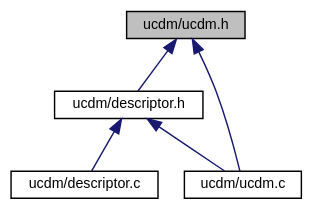
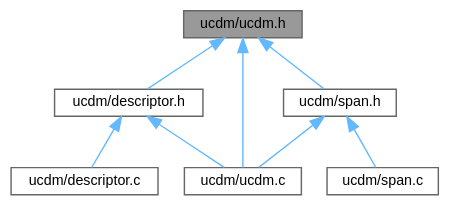
One commit to ebs-universe/piolib-ucdm changed the diagram in ucdm_8h__dep__incl.dot. Above: the diagram before and after it, drawn with Graphviz. The commit also changed 365 other files, not shown here.

```diff
--- a/ucdm_8h__dep__incl.dot
+++ b/ucdm_8h__dep__incl.dot
@@ -1,16 +1,21 @@
 digraph "ucdm/ucdm.h"
 {
  // INTERACTIVE_SVG=YES
  // LATEX_PDF_SIZE
   bgcolor="transparent";
-  edge [fontname="Helvetica",fontsize="10",labelfontname="Helvetica",labelfontsize="10"];
-  node [fontname="Helvetica",fontsize="10",shape=record];
-  Node1 [label="ucdm/ucdm.h",height=0.2,width=0.4,color="black", fillcolor="grey75", style="filled", fontcolor="black",tooltip="Interface and usage of the Unified Configuration and Data Manager."];
-  Node1 -> Node2 [dir="back",color="midnightblue",fontsize="10",style="solid",fontname="Helvetica"];
-  Node2 [label="ucdm/descriptor.h",height=0.2,width=0.4,color="black",URL="$descriptor_8h.html",tooltip="Descriptor type definitions."];
-  Node2 -> Node3 [dir="back",color="midnightblue",fontsize="10",style="solid",fontname="Helvetica"];
-  Node3 [label="ucdm/descriptor.c",height=0.2,width=0.4,color="black",URL="$descriptor_8c.html",tooltip="Descriptor type definitions."];
-  Node2 -> Node4 [dir="back",color="midnightblue",fontsize="10",style="solid",fontname="Helvetica"];
-  Node4 [label="ucdm/ucdm.c",height=0.2,width=0.4,color="black",URL="$ucdm_8c.html",tooltip="Implementation the Unified Configuration and Data Manager."];
-  Node1 -> Node4 [dir="back",color="midnightblue",fontsize="10",style="solid",fontname="Helvetica"];
+  edge [fontname=Helvetica,fontsize=10,labelfontname=Helvetica,labelfontsize=10];
+  node [fontname=Helvetica,fontsize=10,shape=box,height=0.2,width=0.4];
+  Node1 [id="Node000001",label="ucdm/ucdm.h",height=0.2,width=0.4,color="gray40", fillcolor="grey60", style="filled", fontcolor="black",tooltip="Interface and usage of the Unified Configuration and Data Manager."];
+  Node1 -> Node2 [id="edge1_Node000001_Node000002",dir="back",color="steelblue1",style="solid",tooltip=" "];
+  Node2 [id="Node000002",label="ucdm/descriptor.h",height=0.2,width=0.4,color="grey40", fillcolor="white", style="filled",URL="$descriptor_8h.html",tooltip="Descriptor type definitions."];
+  Node2 -> Node3 [id="edge2_Node000002_Node000003",dir="back",color="steelblue1",style="solid",tooltip=" "];
+  Node3 [id="Node000003",label="ucdm/descriptor.c",height=0.2,width=0.4,color="grey40", fillcolor="white", style="filled",URL="$descriptor_8c.html",tooltip="Descriptor type definitions."];
+  Node2 -> Node4 [id="edge3_Node000002_Node000004",dir="back",color="steelblue1",style="solid",tooltip=" "];
+  Node4 [id="Node000004",label="ucdm/ucdm.c",height=0.2,width=0.4,color="grey40", fillcolor="white", style="filled",URL="$ucdm_8c.html",tooltip="Implementation the Unified Configuration and Data Manager."];
+  Node1 -> Node5 [id="edge4_Node000001_Node000005",dir="back",color="steelblue1",style="solid",tooltip=" "];
+  Node5 [id="Node000005",label="ucdm/span.h",height=0.2,width=0.4,color="grey40", fillcolor="white", style="filled",URL="$span_8h.html",tooltip="Support for types spanning multiple registers."];
+  Node5 -> Node6 [id="edge5_Node000005_Node000006",dir="back",color="steelblue1",style="solid",tooltip=" "];
+  Node6 [id="Node000006",label="ucdm/span.c",height=0.2,width=0.4,color="grey40", fillcolor="white", style="filled",URL="$span_8c.html",tooltip="Support for types spanning multiple registers."];
+  Node5 -> Node4 [id="edge6_Node000005_Node000004",dir="back",color="steelblue1",style="solid",tooltip=" "];
+  Node1 -> Node4 [id="edge7_Node000001_Node000004",dir="back",color="steelblue1",style="solid",tooltip=" "];
 }
```
